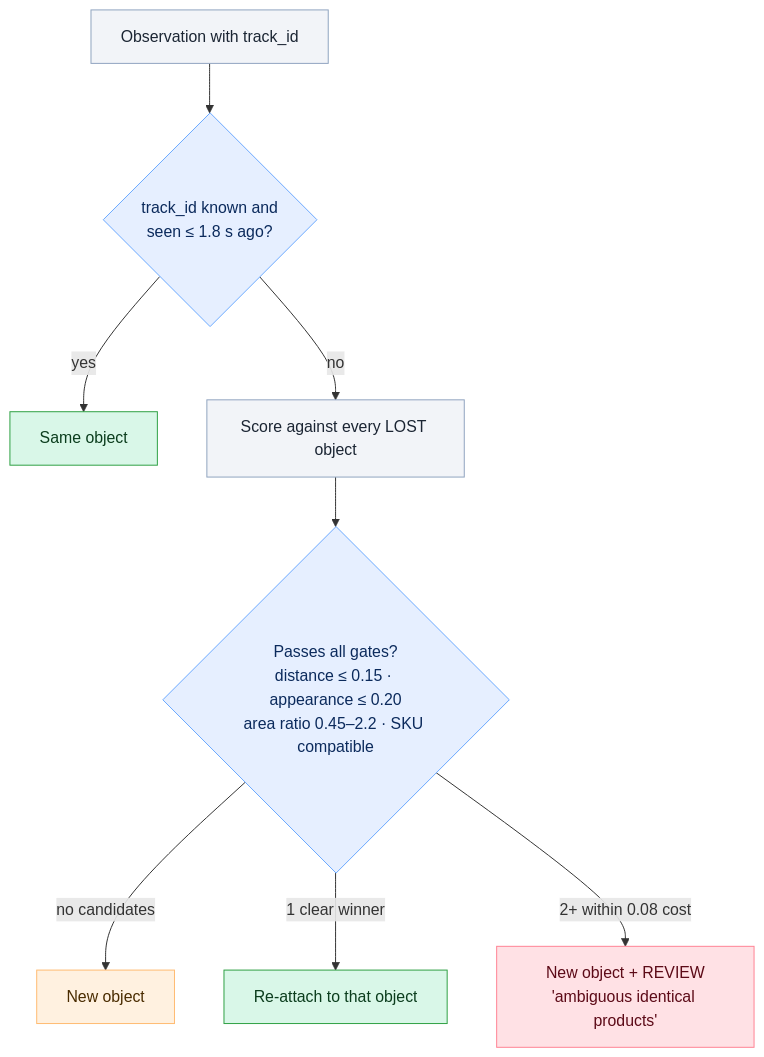
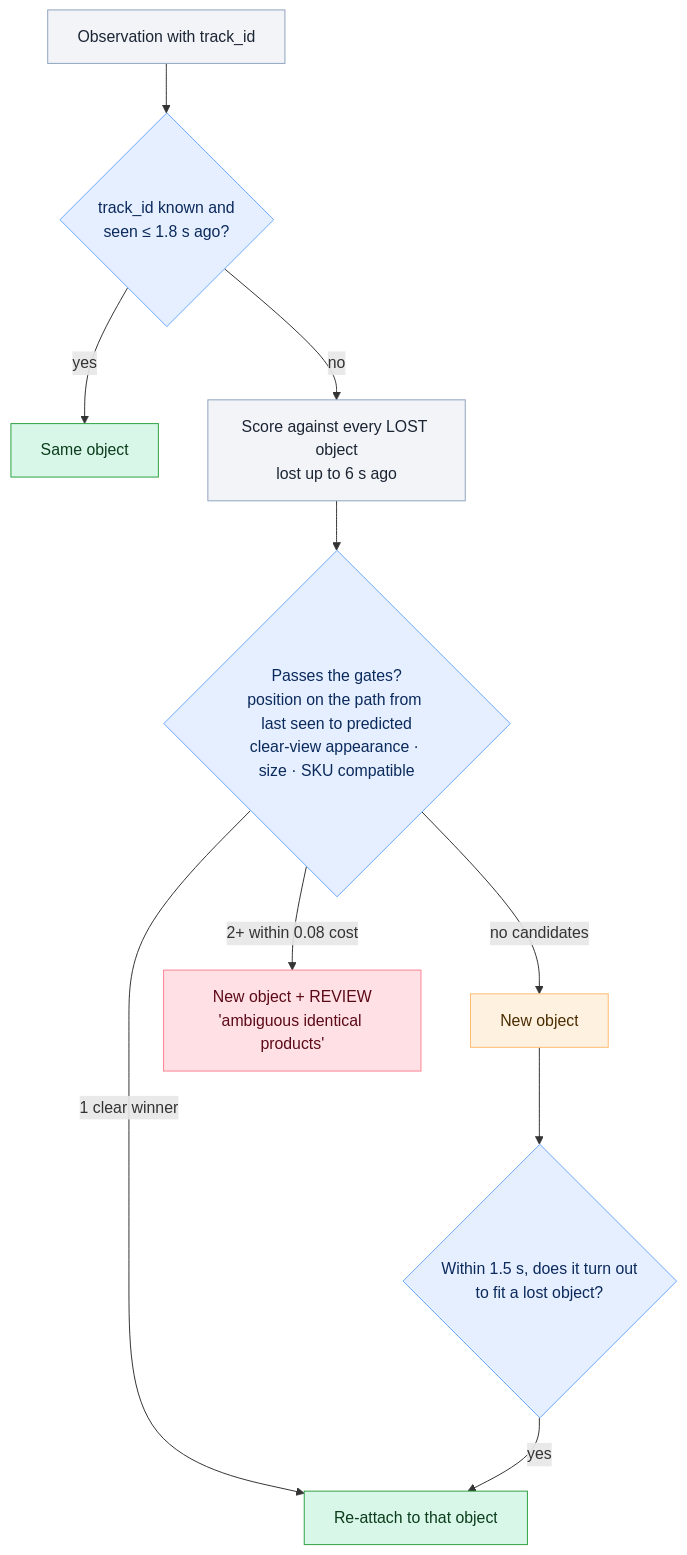
One commit to dangermos/ProPass changed the second of 3 diagrams in docs/vision.md. Above: the diagram before and after it, drawn with Mermaid. The commit also changed other lines of this file and 8 other files, not shown here.

````diff
--- a/docs/vision.md
+++ b/docs/vision.md
@@ -47,16 +47,18 @@
 ```mermaid
 flowchart TD
     A[Observation with track_id]:::n --> B{track_id known and<br/>seen ≤ 1.8 s ago?}:::q
     B -- yes --> K[Same object]:::good
-    B -- no --> C[Score against every LOST object]:::n
-    C --> D{"Passes all gates?<br/>distance ≤ 0.15 · appearance ≤ 0.20<br/>area ratio 0.45–2.2 · SKU compatible"}:::q
+    B -- no --> C[Score against every LOST object<br/>lost up to 6 s ago]:::n
+    C --> D{"Passes the gates?<br/>position on the path from last seen to predicted<br/>clear-view appearance · size · SKU compatible"}:::q
     D -- "no candidates" --> N[New object]:::warn
     D -- "1 clear winner" --> R[Re-attach to that object]:::good
     D -- "2+ within 0.08 cost" --> X[New object + REVIEW<br/>'ambiguous identical products']:::bad
+    N --> M{"Within 1.5 s, does it turn out<br/>to fit a lost object?"}:::q
+    M -- yes --> R
 
     classDef n fill:#f2f4f8,stroke:#8fa3bf,color:#1b2533
     classDef q fill:#e6efff,stroke:#6aa8ff,color:#0b2a5c
     classDef good fill:#d9f7e8,stroke:#2ea043,color:#0b3d1d
     classDef warn fill:#fff1e0,stroke:#ffbb71,color:#4a2c00
     classDef bad fill:#ffe1e5,stroke:#ff8293,color:#5c0a17
 ```
````
